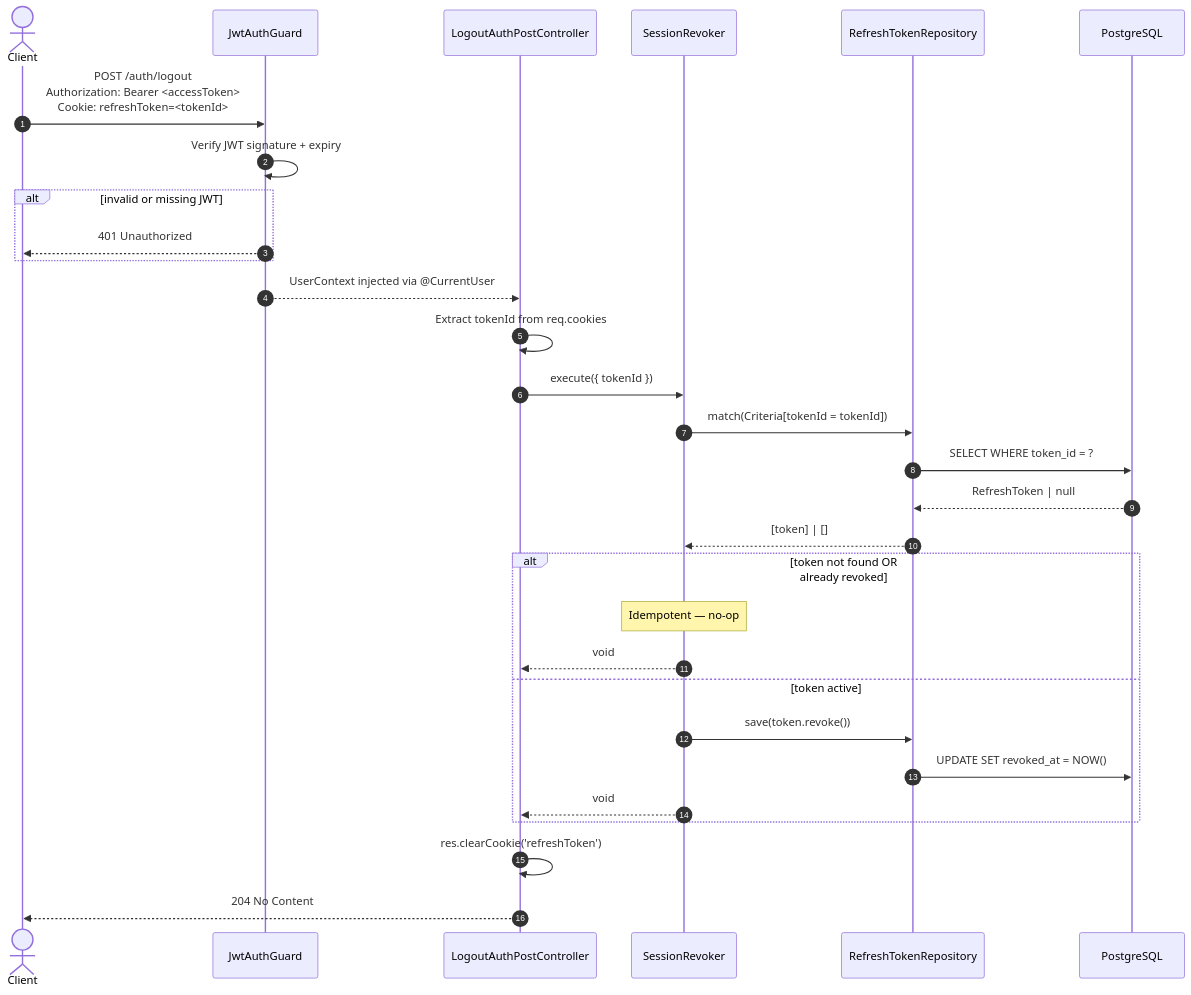
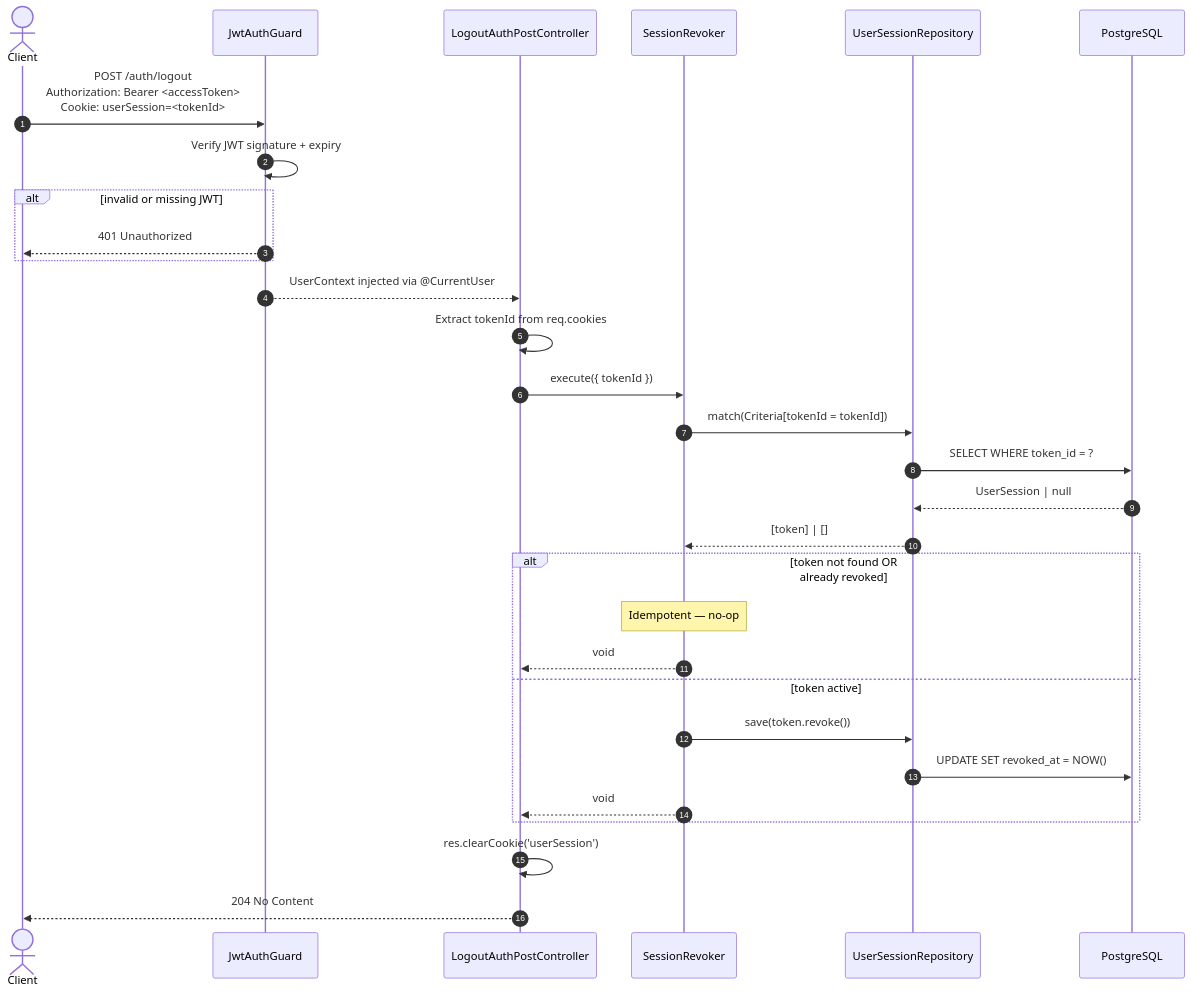
The diagram in docs/apps/api/identity/logout/sequence.md (AbrahamVilchesDeLaCruz/ididntcatchthat), drawn with Mermaid before and after one commit. The commit also changed 166 other files, not shown here.

First line of the commit message:
refactor(identity): replace RefreshToken with UserSession aggregate

````diff
--- a/docs/apps/api/identity/logout/sequence.md
+++ b/docs/apps/api/identity/logout/sequence.md
@@ -6,40 +6,40 @@
 ```mermaid
 sequenceDiagram
     autonumber
     actor Client
     participant Guard as JwtAuthGuard
     participant Controller as LogoutAuthPostController
     participant UC as SessionRevoker
-    participant RefreshRepo as RefreshTokenRepository
+    participant RefreshRepo as UserSessionRepository
     participant DB as PostgreSQL
 
-    Client->>Guard: POST /auth/logout<br/>Authorization: Bearer <accessToken><br/>Cookie: refreshToken=<tokenId>
+    Client->>Guard: POST /auth/logout<br/>Authorization: Bearer <accessToken><br/>Cookie: userSession=<tokenId>
 
     Guard->>Guard: Verify JWT signature + expiry
     alt invalid or missing JWT
         Guard-->>Client: 401 Unauthorized
     end
 
     Guard-->>Controller: UserContext injected via @CurrentUser
 
     Controller->>Controller: Extract tokenId from req.cookies
 
     Controller->>UC: execute({ tokenId })
 
     UC->>RefreshRepo: match(Criteria[tokenId = tokenId])
     RefreshRepo->>DB: SELECT WHERE token_id = ?
-    DB-->>RefreshRepo: RefreshToken | null
+    DB-->>RefreshRepo: UserSession | null
     RefreshRepo-->>UC: [token] | []
 
     alt token not found OR already revoked
         Note over UC: Idempotent — no-op
         UC-->>Controller: void
     else token active
         UC->>RefreshRepo: save(token.revoke())
         RefreshRepo->>DB: UPDATE SET revoked_at = NOW()
         UC-->>Controller: void
     end
 
-    Controller->>Controller: res.clearCookie('refreshToken')
+    Controller->>Controller: res.clearCookie('userSession')
     Controller-->>Client: 204 No Content
 ```
````
